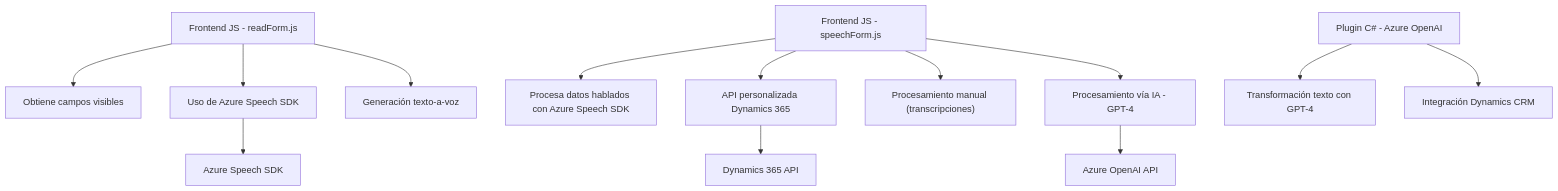
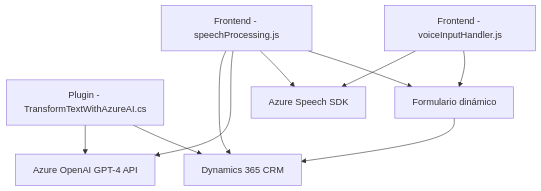
One commit to blopezdm/NETCORE_BILBAO2025 changed the diagram in README.md. Above: the diagram before and after it, drawn with Mermaid. The commit also changed other lines of this file, not shown here.

Commit message:
Actualizar análisis global de la solución con IA

````diff
--- a/README.md
+++ b/README.md
@@ -41,18 +50,20 @@
 ```mermaid
 graph TD
-    A["Frontend JS - readForm.js"] --> B["Obtiene campos visibles"]
-    A --> C["Uso de Azure Speech SDK"]
-    A --> D["Generación texto-a-voz"]
+    A["Frontend - voiceInputHandler.js"]
+    B["Frontend - speechProcessing.js"]
+    C["Plugin - TransformTextWithAzureAI.cs"]
+    D["Azure Speech SDK"]
+    E["Azure OpenAI GPT-4 API"]
+    F["Dynamics 365 CRM"]
+    G["Formulario dinámico"]
     
-    E["Frontend JS - speechForm.js"] --> F["Procesa datos hablados con Azure Speech SDK"]
-    E --> G["API personalizada Dynamics 365"]
-    E --> H["Procesamiento manual (transcripciones)"]
-    E --> I["Procesamiento vía IA - GPT-4"]
-    
-    J["Plugin C# - Azure OpenAI"] --> K["Transformación texto con GPT-4"]
-    J --> L["Integración Dynamics CRM"]
-    
-    C --> M["Azure Speech SDK"]
-    G --> N["Dynamics 365 API"]
-    I --> O["Azure OpenAI API"]
+    A --> G
+    A --> D
+    B --> G
+    B --> D
+    B --> E
+    B --> F
+    C --> F
+    C --> E
+    G --> F
 ```
````
